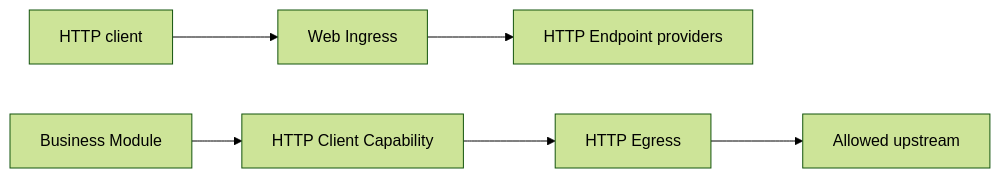
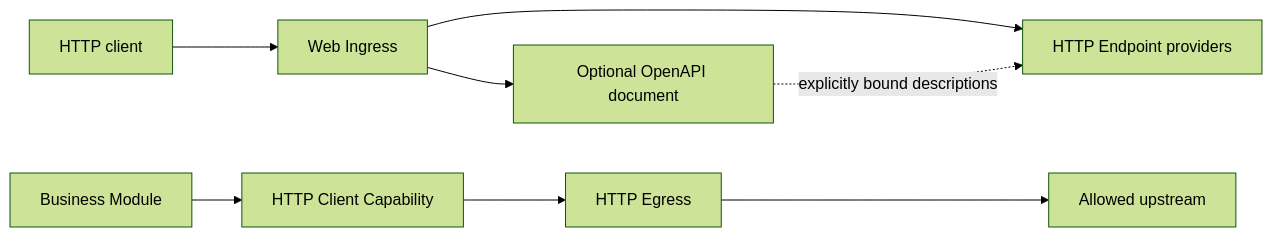
The diagram in content/docs/(guides)/web-capabilities.mdx (LioRael/lenso-site), drawn with Mermaid (forest theme) before and after one commit. The commit also changed other lines of this file and 8 other files, not shown here.

Commit message:
docs: document optional OpenAPI module

````diff
--- a/content/docs/(guides)/web-capabilities.mdx
+++ b/content/docs/(guides)/web-capabilities.mdx
@@ -11,8 +11,10 @@
 ```mermaid
 flowchart LR
   H[HTTP client] --> I[Web Ingress]
   I --> E[HTTP Endpoint providers]
+  I --> O[Optional OpenAPI document]
+  O -. explicitly bound descriptions .-> E
   M[Business Module] --> C[HTTP Client Capability]
   C --> X[HTTP Egress]
   X --> U[Allowed upstream]
 ```
````
